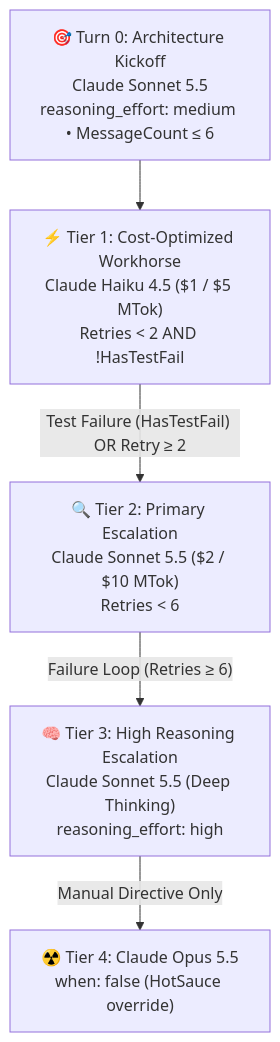
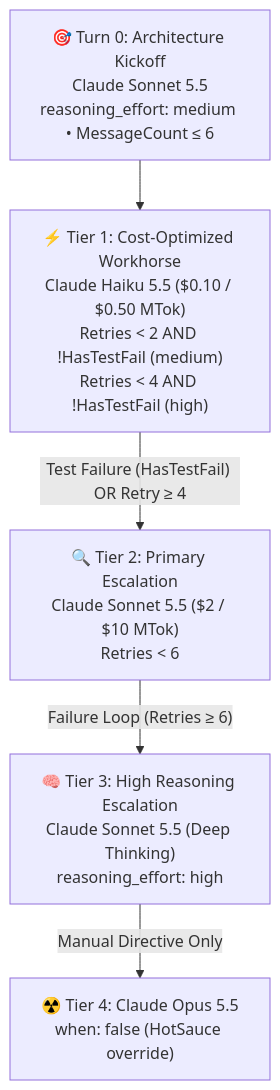
The second of 3 diagrams in site/docs/EXTENSION_USER_GUIDE.md (dixieflatline76/nacho-flow), drawn with Mermaid before and after one commit. The commit also changed other lines of this file and 48 other files, not shown here.

````diff
--- a/site/docs/EXTENSION_USER_GUIDE.md
+++ b/site/docs/EXTENSION_USER_GUIDE.md
@@ -280,7 +283,7 @@
 ```mermaid
 flowchart TD
-    A0["🎯 Turn 0: Architecture Kickoff<br/>Claude Sonnet 5.5<br/>reasoning_effort: medium • MessageCount &le; 6"] --> A1["⚡ Tier 1: Cost-Optimized Workhorse<br/>Claude Haiku 4.5 ($1 / $5 MTok)<br/>Retries &lt; 2 AND !HasTestFail"]
-    A1 -->|"Test Failure (HasTestFail) OR Retry &ge; 2"| A2["🔍 Tier 2: Primary Escalation<br/>Claude Sonnet 5.5 ($2 / $10 MTok)<br/>Retries &lt; 6"]
+    A0["🎯 Turn 0: Architecture Kickoff<br/>Claude Sonnet 5.5<br/>reasoning_effort: medium • MessageCount &le; 6"] --> A1["⚡ Tier 1: Cost-Optimized Workhorse<br/>Claude Haiku 5.5 ($0.10 / $0.50 MTok)<br/>Retries &lt; 2 AND !HasTestFail (medium)<br/>Retries &lt; 4 AND !HasTestFail (high)"]
+    A1 -->|"Test Failure (HasTestFail) OR Retry &ge; 4"| A2["🔍 Tier 2: Primary Escalation<br/>Claude Sonnet 5.5 ($2 / $10 MTok)<br/>Retries &lt; 6"]
     A2 -->|"Failure Loop (Retries &ge; 6)"| A3["🧠 Tier 3: High Reasoning Escalation<br/>Claude Sonnet 5.5 (Deep Thinking)<br/>reasoning_effort: high"]
     A3 -->|"Manual Directive Only"| A4["☢️ Tier 4: Claude Opus 5.5<br/>when: false (HotSauce override)"]
 ```
````
